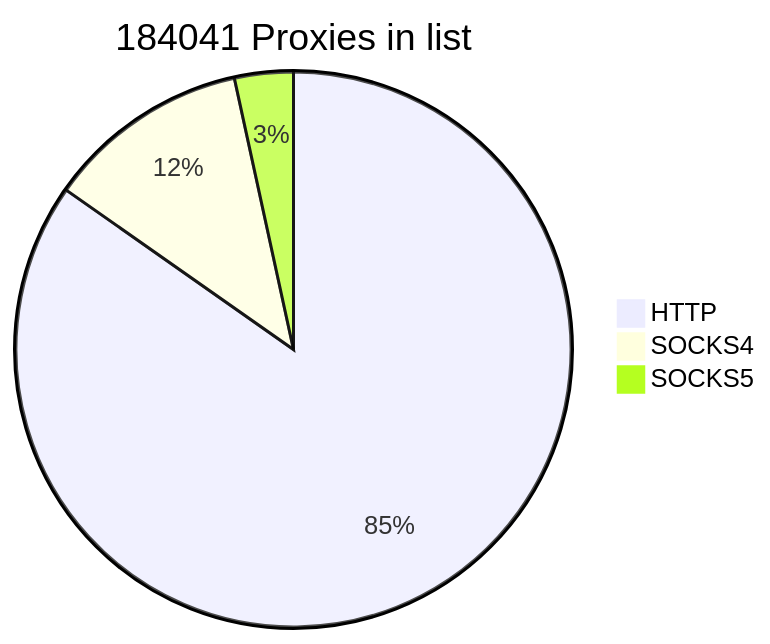
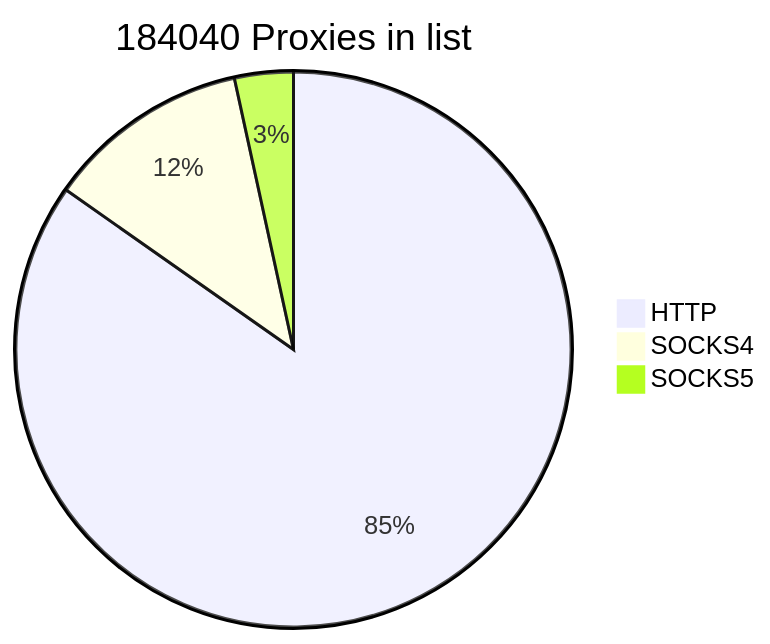
The first of 2 diagrams in README.md (cutipu/proxylist), drawn with Mermaid before and after one commit. The commit also changed other lines of this file, not shown here.

````diff
--- a/README.md
+++ b/README.md
@@ -2,7 +2,7 @@
 ```mermaid
-pie title 184041 Proxies in list
+pie title 184040 Proxies in list
     "HTTP" : 155953
-    "SOCKS4" : 21800
+    "SOCKS4" : 21799
     "SOCKS5" : 6288
             
 ```
````
